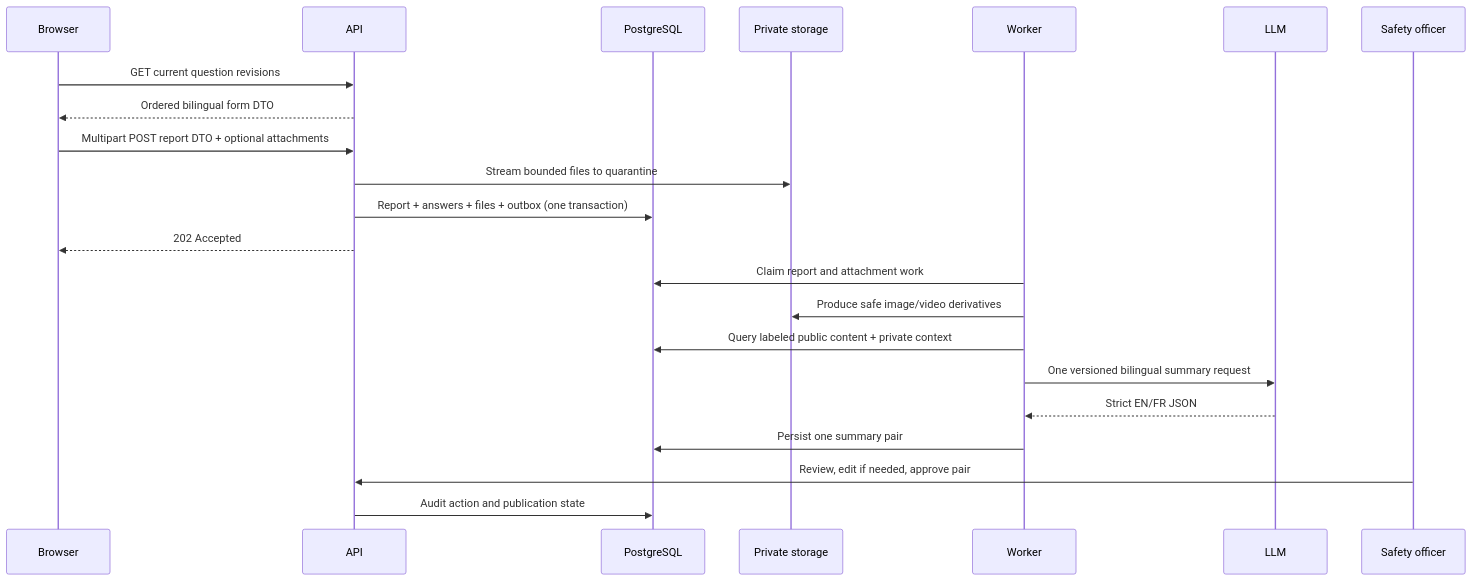
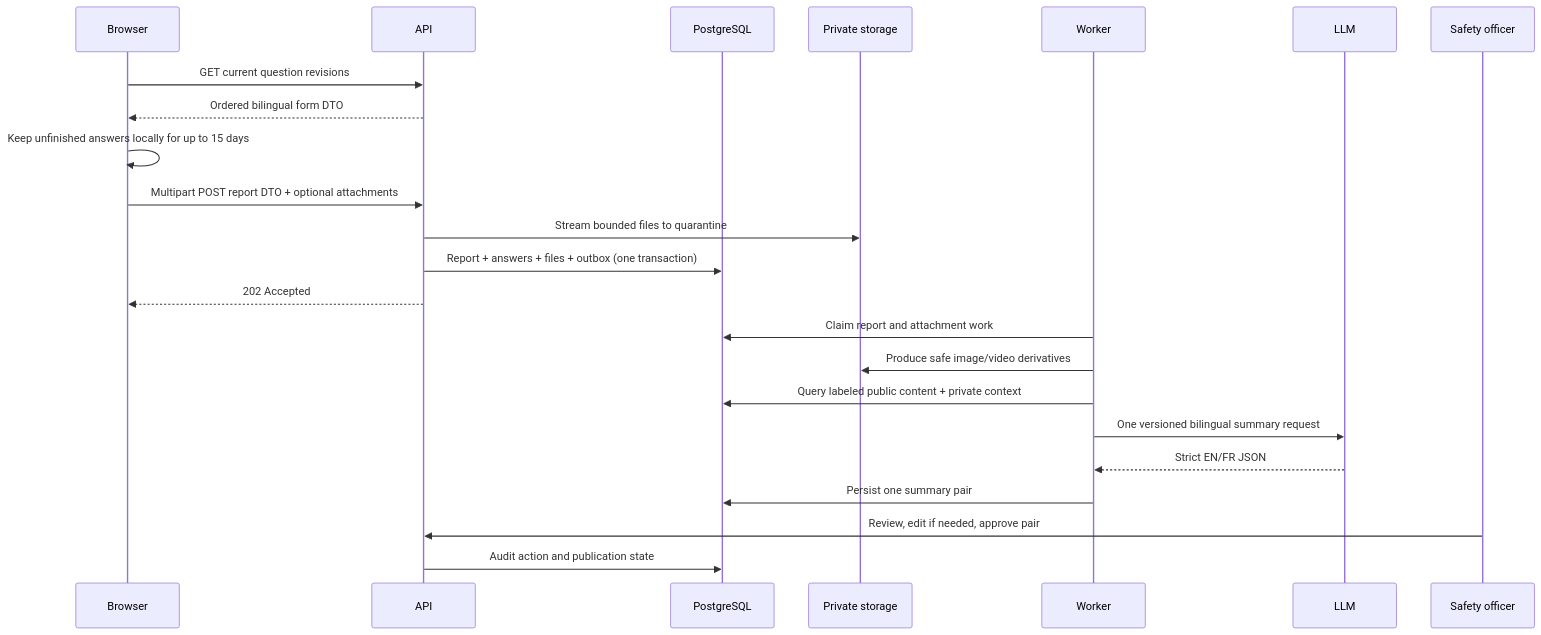
One commit to HPAC-Safety/safety-report changed the second of 2 diagrams in spec/system-overview.md. Above: the diagram before and after it, drawn with Mermaid. The commit also changed other lines of this file and 104 other files, not shown here.

````diff
--- a/spec/system-overview.md
+++ b/spec/system-overview.md
@@ -62,25 +64,26 @@
 ```mermaid
 sequenceDiagram
     participant B as Browser
     participant A as API
     participant D as PostgreSQL
     participant S as Private storage
     participant W as Worker
     participant M as LLM
     participant H as Safety officer
 
     B->>A: GET current question revisions
     A-->>B: Ordered bilingual form DTO
+    B->>B: Keep unfinished answers locally for up to 15 days
     B->>A: Multipart POST report DTO + optional attachments
     A->>S: Stream bounded files to quarantine
     A->>D: Report + answers + files + outbox (one transaction)
     A-->>B: 202 Accepted
     W->>D: Claim report and attachment work
     W->>S: Produce safe image/video derivatives
     W->>D: Query labeled public content + private context
     W->>M: One versioned bilingual summary request
     M-->>W: Strict EN/FR JSON
     W->>D: Persist one summary pair
     H->>A: Review, edit if needed, approve pair
     A->>D: Audit action and publication state
 ```
````
